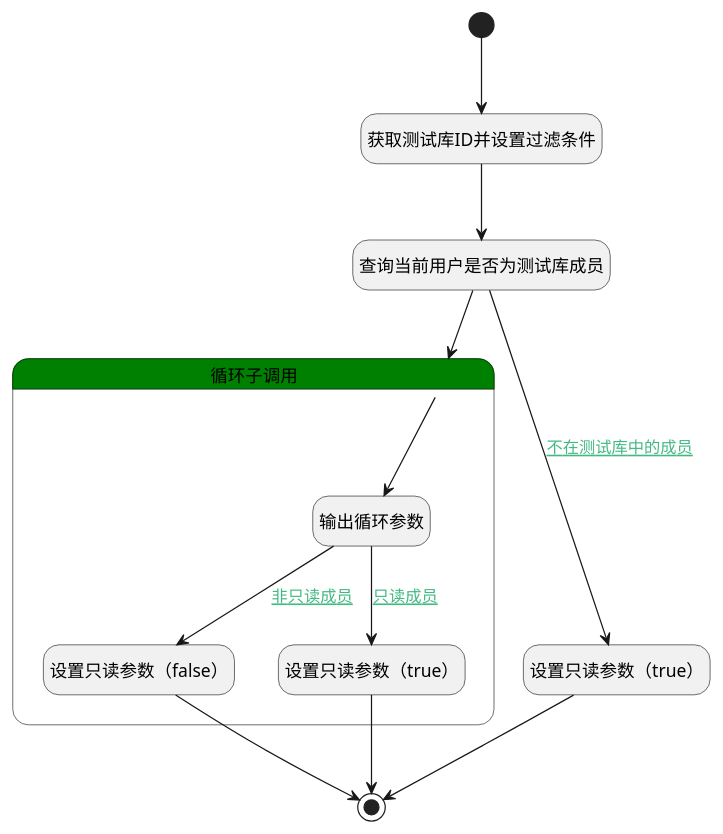
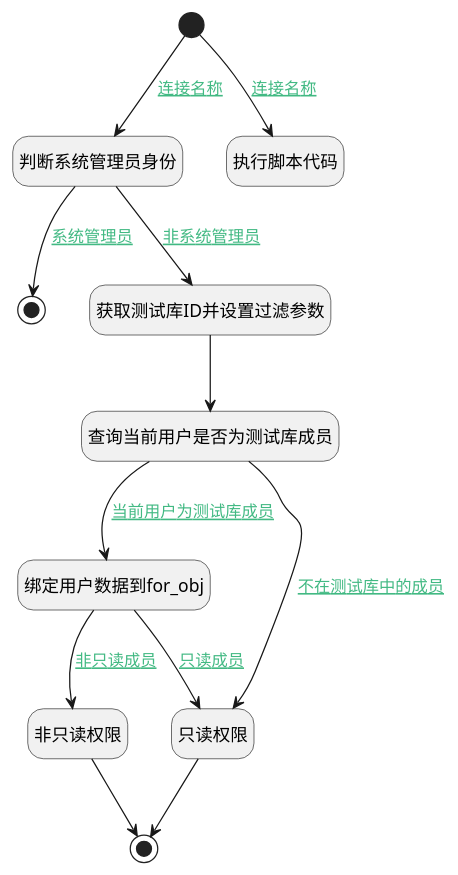
Before and after one commit to iBizLab/plm: the diagram in doc/docsify/module/TestMgmt/test_case/logic/get_library_member.md, drawn with PlantUML. The commit also changed other lines of this file and 1068 other files, not shown here.

````diff
--- a/doc/docsify/module/TestMgmt/test_case/logic/get_library_member.md
+++ b/doc/docsify/module/TestMgmt/test_case/logic/get_library_member.md
@@ -7,36 +7,37 @@
 ```plantuml
 @startuml
 hide empty description
 <style>
 root {
   HyperlinkColor #42b983
 }
 </style>
 
 hide empty description
 state "开始" as Begin <<start>> [[$./get_library_member#begin {"开始"}]]
-state "获取测试库ID并设置过滤条件" as PREPAREPARAM2  [[$./get_library_member#prepareparam2 {"获取测试库ID并设置过滤条件"}]]
+state "判断系统管理员身份" as RAWSFCODE3  [[$./get_library_member#rawsfcode3 {"判断系统管理员身份"}]]
+state "结束" as END2 <<end>> [[$./get_library_member#end2 {"结束"}]]
+state "获取测试库ID并设置过滤参数" as PREPAREPARAM2  [[$./get_library_member#prepareparam2 {"获取测试库ID并设置过滤参数"}]]
 state "查询当前用户是否为测试库成员" as DEDATASET3  [[$./get_library_member#dedataset3 {"查询当前用户是否为测试库成员"}]]
-state "设置只读参数（true）" as PREPAREPARAM8  [[$./get_library_member#prepareparam8 {"设置只读参数（true）"}]]
+state "绑定用户数据到for_obj" as PREPAREPARAM5  [[$./get_library_member#prepareparam5 {"绑定用户数据到for_obj"}]]
+state "只读权限" as RAWSFCODE1  [[$./get_library_member#rawsfcode1 {"只读权限"}]]
+state "非只读权限" as RAWSFCODE2  [[$./get_library_member#rawsfcode2 {"非只读权限"}]]
 state "结束" as END6 <<end>> [[$./get_library_member#end6 {"结束"}]]
-state "循环子调用" as LOOPSUBCALL3  [[$./get_library_member#loopsubcall3 {"循环子调用"}]] #green {
-state "输出循环参数" as DEBUGPARAM6  [[$./get_library_member#debugparam6 {"输出循环参数"}]]
-state "设置只读参数（false）" as PREPAREPARAM9  [[$./get_library_member#prepareparam9 {"设置只读参数（false）"}]]
-state "设置只读参数（true）" as PREPAREPARAM10  [[$./get_library_member#prepareparam10 {"设置只读参数（true）"}]]
-}
+state "执行脚本代码" as RAWSFCODE4  [[$./get_library_member#rawsfcode4 {"执行脚本代码"}]]
 
 
-Begin --> PREPAREPARAM2
+Begin --> RAWSFCODE3 : [[$./get_library_member#begin-rawsfcode3{连接名称} 连接名称]]
+RAWSFCODE3 --> PREPAREPARAM2 : [[$./get_library_member#rawsfcode3-prepareparam2{非系统管理员} 非系统管理员]]
 PREPAREPARAM2 --> DEDATASET3
-DEDATASET3 --> LOOPSUBCALL3
-LOOPSUBCALL3 --> DEBUGPARAM6
-DEBUGPARAM6 --> PREPAREPARAM9 : [[$./get_library_member#debugparam6-prepareparam9{非只读成员} 非只读成员]]
-PREPAREPARAM9 --> END6
-DEBUGPARAM6 --> PREPAREPARAM10 : [[$./get_library_member#debugparam6-prepareparam10{只读成员} 只读成员]]
-PREPAREPARAM10 --> END6
-DEDATASET3 --> PREPAREPARAM8 : [[$./get_library_member#dedataset3-prepareparam8{不在测试库中的成员} 不在测试库中的成员]]
-PREPAREPARAM8 --> END6
+DEDATASET3 --> RAWSFCODE1 : [[$./get_library_member#dedataset3-rawsfcode1{不在测试库中的成员} 不在测试库中的成员]]
+RAWSFCODE1 --> END6
+DEDATASET3 --> PREPAREPARAM5 : [[$./get_library_member#dedataset3-prepareparam5{当前用户为测试库成员} 当前用户为测试库成员]]
+PREPAREPARAM5 --> RAWSFCODE2 : [[$./get_library_member#prepareparam5-rawsfcode2{非只读成员} 非只读成员]]
+RAWSFCODE2 --> END6
+PREPAREPARAM5 --> RAWSFCODE1 : [[$./get_library_member#prepareparam5-rawsfcode1{只读成员} 只读成员]]
+RAWSFCODE3 --> END2 : [[$./get_library_member#rawsfcode3-end2{系统管理员} 系统管理员]]
+Begin --> RAWSFCODE4 : [[$./get_library_member#begin-rawsfcode4{连接名称} 连接名称]]
 
 
 @enduml
 ```
````
